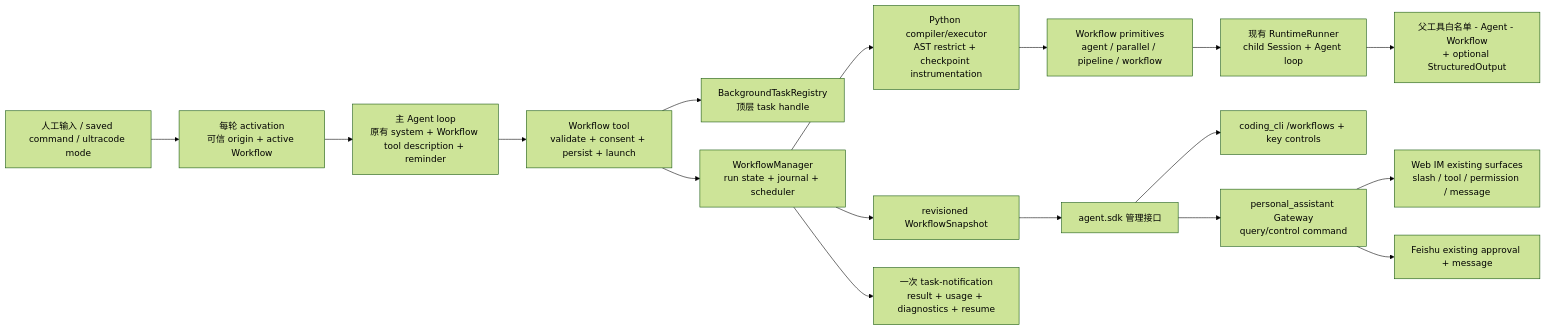
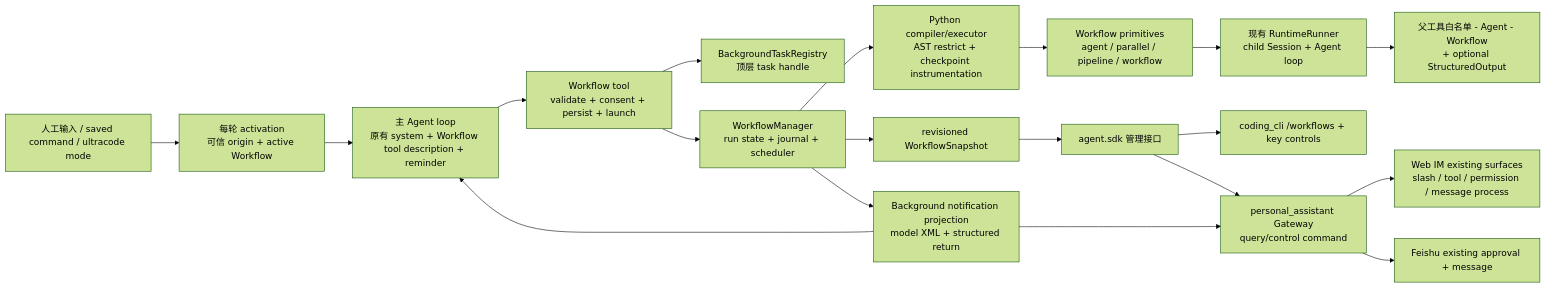
The first of 2 diagrams in docs/changes/feat-517-python-dynamic-workflows/design.md (Mrchen116/nano-multiagent), drawn with Mermaid (forest theme) before and after one commit. The commit also changed other lines of this file and 13 other files, not shown here.

````diff
--- a/docs/changes/feat-517-python-dynamic-workflows/design.md
+++ b/docs/changes/feat-517-python-dynamic-workflows/design.md
@@ -71,19 +77,21 @@
 ```mermaid
 flowchart LR
     H["人工输入 / saved command / ultracode mode"] --> A["每轮 activation\n可信 origin + active Workflow"]
     A --> L["主 Agent loop\n原有 system + Workflow tool description + reminder"]
     L --> T["Workflow tool\nvalidate + consent + persist + launch"]
     T --> B["BackgroundTaskRegistry\n顶层 task handle"]
     T --> M["WorkflowManager\nrun state + journal + scheduler"]
     M --> P["Python compiler/executor\nAST restrict + checkpoint instrumentation"]
     P --> C["Workflow primitives\nagent / parallel / pipeline / workflow"]
     C --> R["现有 RuntimeRunner\nchild Session + Agent loop"]
     R --> X["父工具白名单 - Agent - Workflow\n+ optional StructuredOutput"]
     M --> E["revisioned WorkflowSnapshot"]
     E --> S["agent.sdk 管理接口"]
     S --> CLI["coding_cli /workflows + key controls"]
     S --> GW["personal_assistant Gateway\nquery/control command"]
-    GW --> WEB["Web IM existing surfaces\nslash / tool / permission / message"]
+    GW --> WEB["Web IM existing surfaces\nslash / tool / permission / message process"]
     GW --> FEI["Feishu existing approval + message"]
-    M --> N["一次 task-notification\nresult + usage + diagnostics + resume"]
+    M --> N["Background notification projection\nmodel XML + structured return"]
+    N --> L
+    N --> GW
 ```
````
